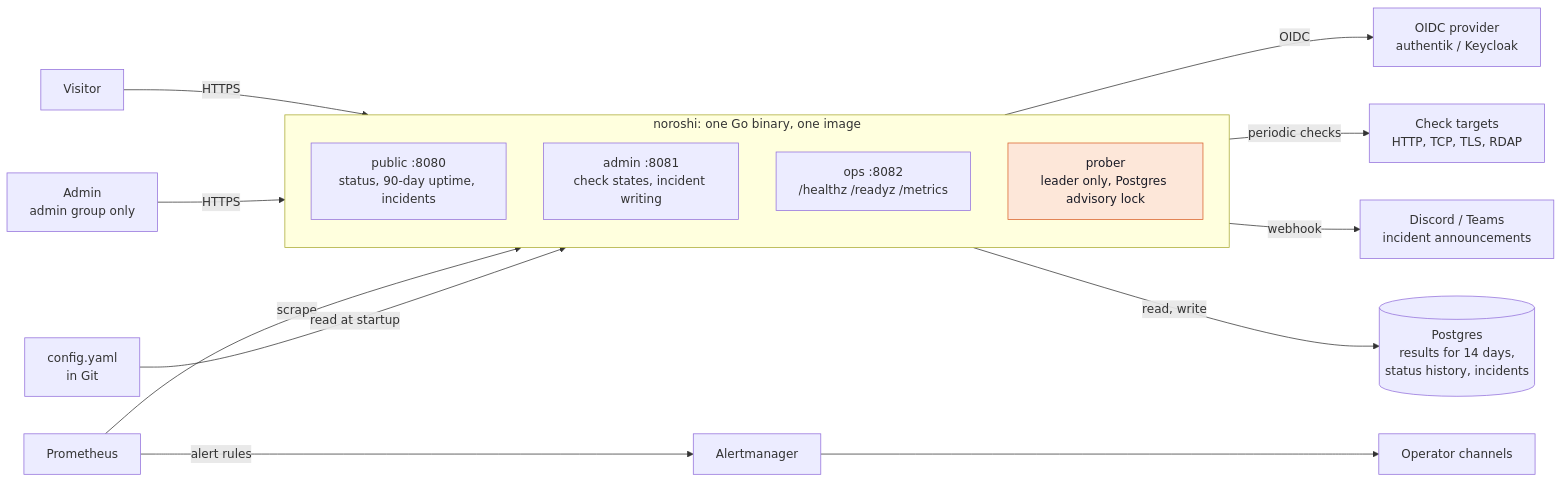
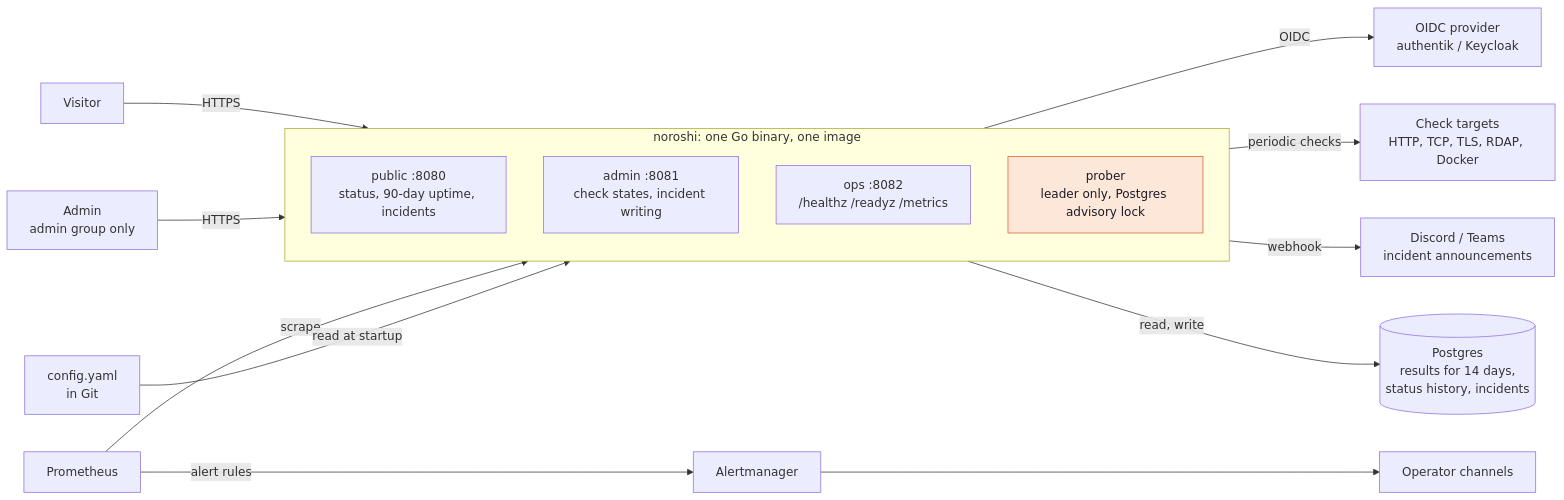
One commit to dor1a/noroshi changed the first of 2 diagrams in docs/architecture.md. Above: the diagram before and after it, drawn with Mermaid. The commit also changed other lines of this file and 6 other files, not shown here.

````diff
--- a/docs/architecture.md
+++ b/docs/architecture.md
@@ -7,36 +7,36 @@
 ```mermaid
 flowchart LR
   visitor["Visitor"]
   operator["Admin<br/>admin group only"]
   idp["OIDC provider<br/>authentik / Keycloak"]
   cfg["config.yaml<br/>in Git"]
 
   subgraph app["noroshi: one Go binary, one image"]
     direction TB
     pub["public :8080<br/>status, 90-day uptime, incidents"]
     adm["admin :8081<br/>check states, incident writing"]
     ops["ops :8082<br/>/healthz /readyz /metrics"]
     prober["prober<br/>leader only, Postgres advisory lock"]
   end
 
   pg[("Postgres<br/>results for 14 days,<br/>status history, incidents")]
-  targets["Check targets<br/>HTTP, TCP, TLS, RDAP"]
+  targets["Check targets<br/>HTTP, TCP, TLS, RDAP, Docker"]
   prom["Prometheus"]
   am["Alertmanager"]
   opsch["Operator channels"]
   chat["Discord / Teams<br/>incident announcements"]
 
   visitor -- HTTPS --> pub
   operator -- HTTPS --> adm
   adm -- OIDC --> idp
   cfg -- "read at startup" --> app
   prober -- "periodic checks" --> targets
   app -- "read, write" --> pg
   prom -- scrape --> ops
   prom -- "alert rules" --> am
   am --> opsch
   adm -- webhook --> chat
 
   classDef core fill:#fde7d9,stroke:#d9622b,color:#1a1b26;
   class prober core;
 ```
````
